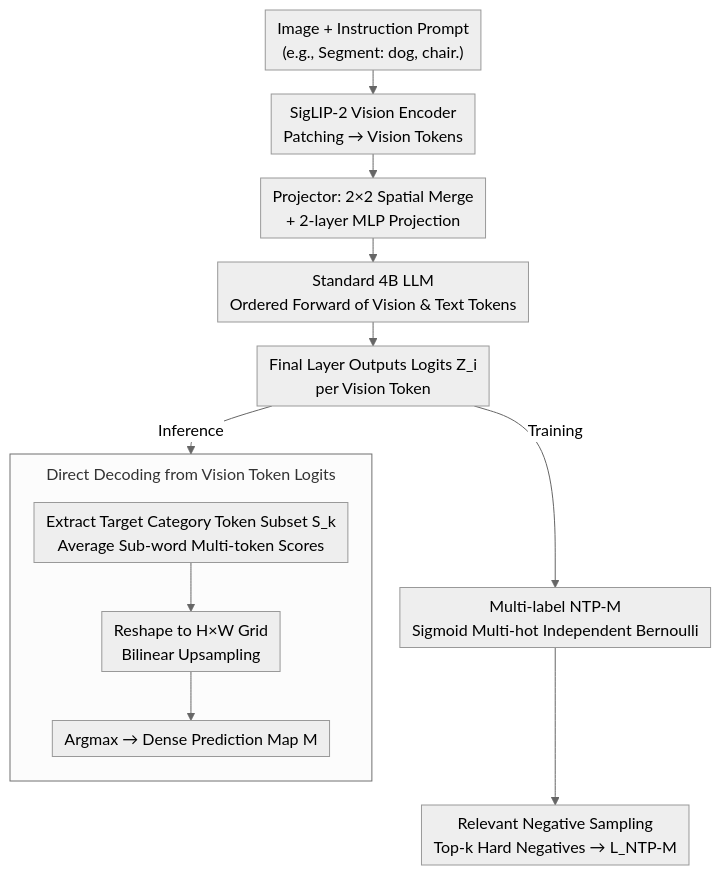
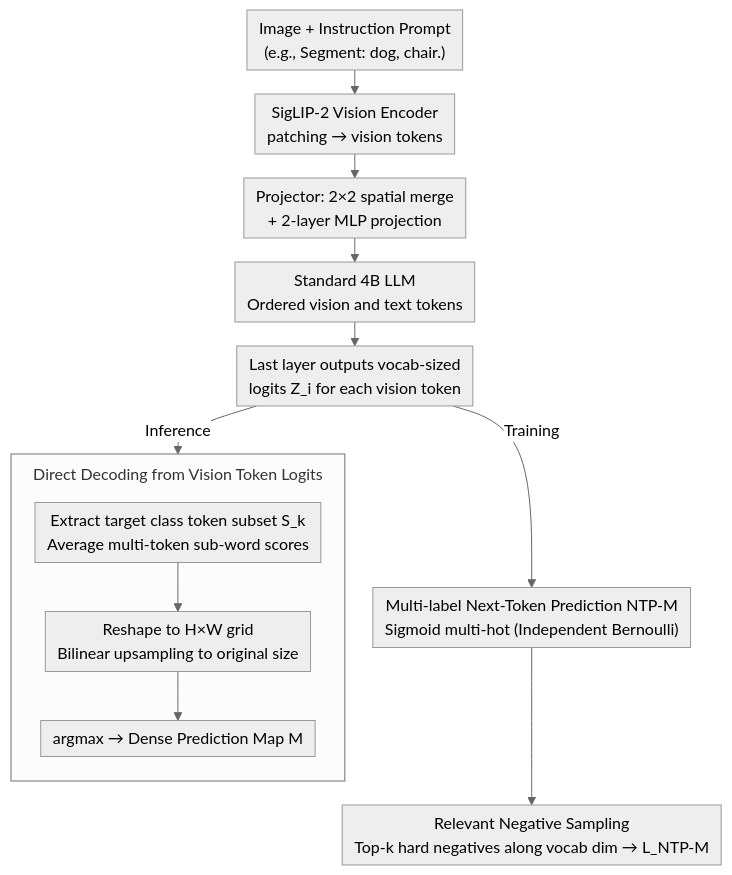
The diagram in docs/ICML2026/multimodal_vlm/densemllm_standard_multimodal_llms_for_dense_prediction.md (zhaoyang97/Paper-Notes-en), drawn with Mermaid (neutral theme) before and after one commit. The commit also changed other lines of this file and 5084 other files, not shown here.

````diff
--- a/docs/ICML2026/multimodal_vlm/densemllm_standard_multimodal_llms_for_dense_prediction.md
+++ b/docs/ICML2026/multimodal_vlm/densemllm_standard_multimodal_llms_for_dense_prediction.md
@@ -42,16 +42,16 @@
 ```mermaid
 %%{init: {'flowchart': {'rankSpacing': 24, 'nodeSpacing': 28, 'padding': 6, 'wrappingWidth': 400, 'subGraphTitleMargin': {'top': 8, 'bottom': 16}}}}%%
 flowchart TD
-    A["Image + Instruction Prompt<br/>(e.g., Segment: dog, chair.)"] --> B["SigLIP-2 Vision Encoder<br/>Patching → Vision Tokens"]
-    B --> C["Projector: 2×2 Spatial Merge<br/>+ 2-layer MLP Projection"]
-    C --> D["Standard 4B LLM<br/>Ordered Forward of Vision & Text Tokens"]
-    D --> E["Final Layer Outputs Logits Z_i<br/>per Vision Token"]
-    E -->|Inference| I["Extract Target Category Token Subset S_k<br/>Average Sub-word Multi-token Scores"]
+    A["Image + Instruction Prompt<br/>(e.g., Segment: dog, chair.)"] --> B["SigLIP-2 Vision Encoder<br/>patching → vision tokens"]
+    B --> C["Projector: 2×2 spatial merge<br/>+ 2-layer MLP projection"]
+    C --> D["Standard 4B LLM<br/>Ordered vision and text tokens"]
+    D --> E["Last layer outputs vocab-sized<br/>logits Z_i for each vision token"]
+    E -->|Inference| I["Extract target class token subset S_k<br/>Average multi-token sub-word scores"]
     subgraph DEC["Direct Decoding from Vision Token Logits"]
         direction TB
-        I --> J["Reshape to H×W Grid<br/>Bilinear Upsampling"]
-        J --> K["Argmax → Dense Prediction Map M"]
+        I --> J["Reshape to H×W grid<br/>Bilinear upsampling to original size"]
+        J --> K["argmax → Dense Prediction Map M"]
     end
-    E -->|Training| F["Multi-label NTP-M<br/>Sigmoid Multi-hot Independent Bernoulli"]
-    F --> G["Relevant Negative Sampling<br/>Top-k Hard Negatives → L_NTP-M"]
+    E -->|Training| F["Multi-label Next-Token Prediction NTP-M<br/>Sigmoid multi-hot (Independent Bernoulli)"]
+    F --> G["Relevant Negative Sampling<br/>Top-k hard negatives along vocab dim → L_NTP-M"]
 ```
````
